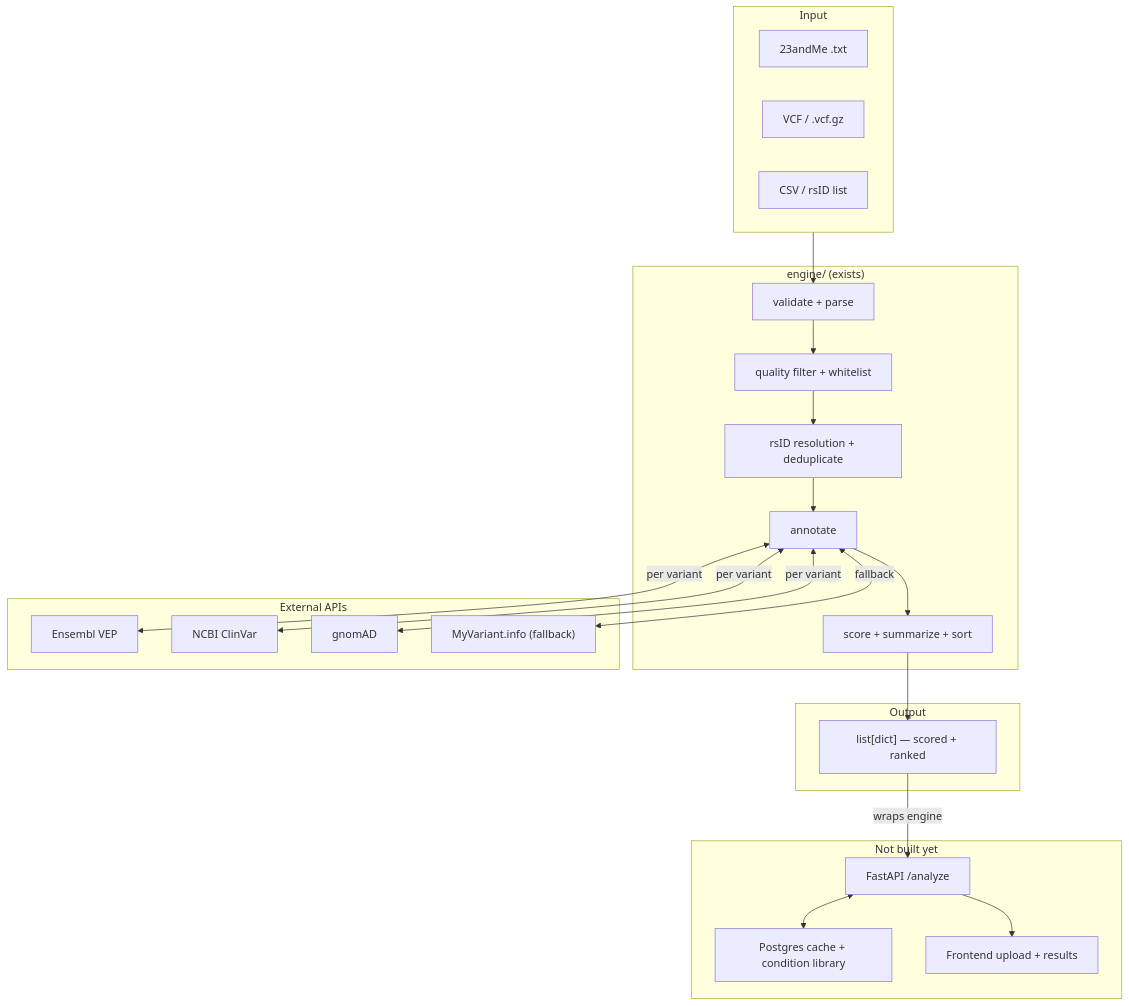
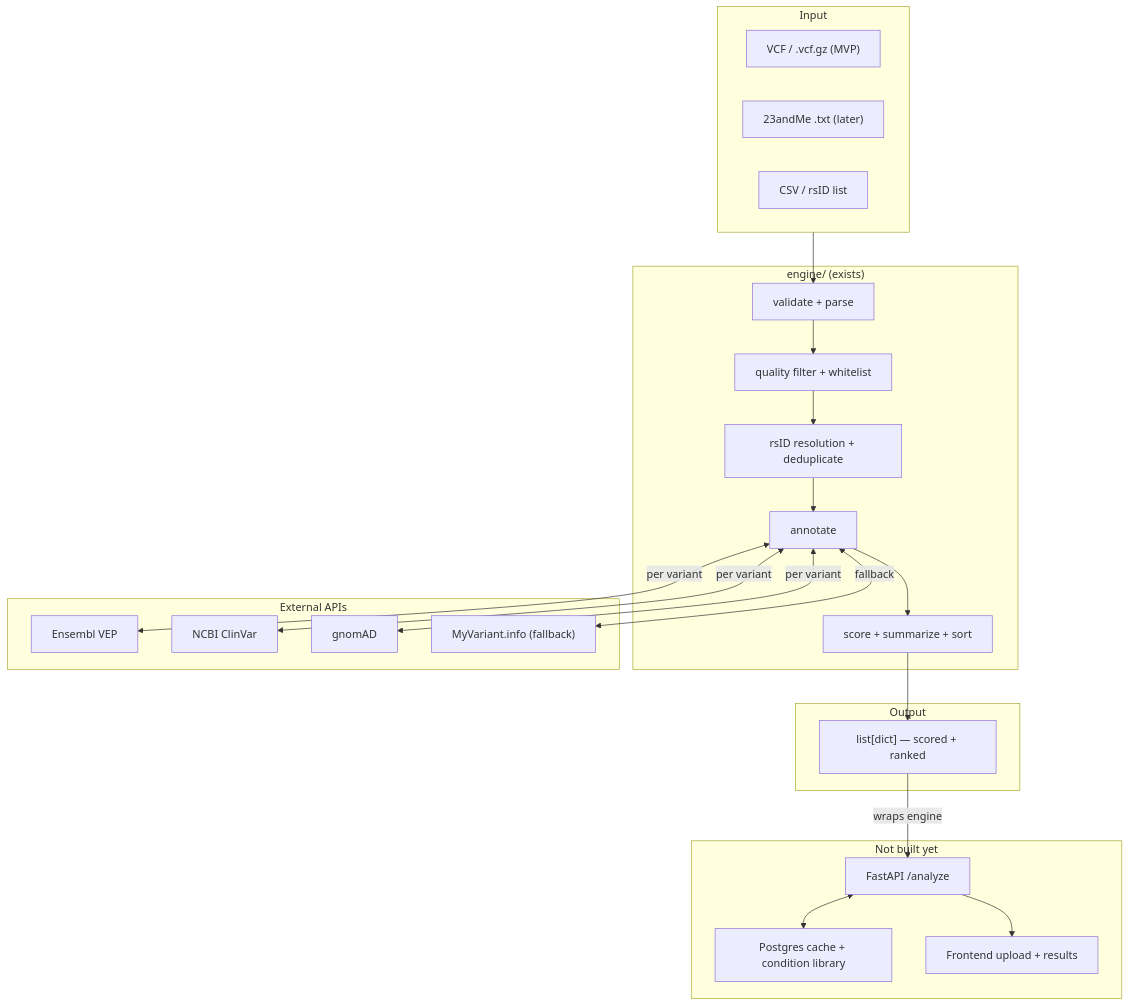
The diagram in docs/architecture.md (Florida-Man-Bioscience/u4u-engine), drawn with Mermaid before and after one commit. The commit also changed other lines of this file and 2 other files, not shown here.

````diff
--- a/docs/architecture.md
+++ b/docs/architecture.md
@@ -11,44 +11,44 @@
 ```mermaid
 flowchart TD
     subgraph INPUT["Input"]
-        A1["23andMe .txt"]
-        A2["VCF / .vcf.gz"]
+        A1["VCF / .vcf.gz (MVP)"]
+        A2["23andMe .txt (later)"]
         A3["CSV / rsID list"]
     end
 
     subgraph ENGINE["engine/  (exists)"]
         B1["validate + parse"]
         B2["quality filter + whitelist"]
         B3["rsID resolution + deduplicate"]
         B4["annotate"]
         B5["score + summarize + sort"]
         B1 --> B2 --> B3 --> B4 --> B5
     end
 
     subgraph APIS["External APIs"]
         C1["Ensembl VEP"]
         C2["NCBI ClinVar"]
         C3["gnomAD"]
         C4["MyVariant.info (fallback)"]
     end
 
     subgraph OUTPUT["Output"]
         D1["list[dict] — scored + ranked"]
     end
 
     subgraph MISSING["Not built yet"]
         E1["FastAPI /analyze"]
         E2["Postgres cache + condition library"]
         E3["Frontend upload + results"]
     end
 
     INPUT --> B1
     B4 <-->|"per variant"| C1
     B4 <-->|"per variant"| C2
     B4 <-->|"per variant"| C3
     B4 <-->|"fallback"| C4
     B5 --> D1
     D1 -->|"wraps engine"| E1
     E1 <--> E2
     E1 --> E3
 ```
````
